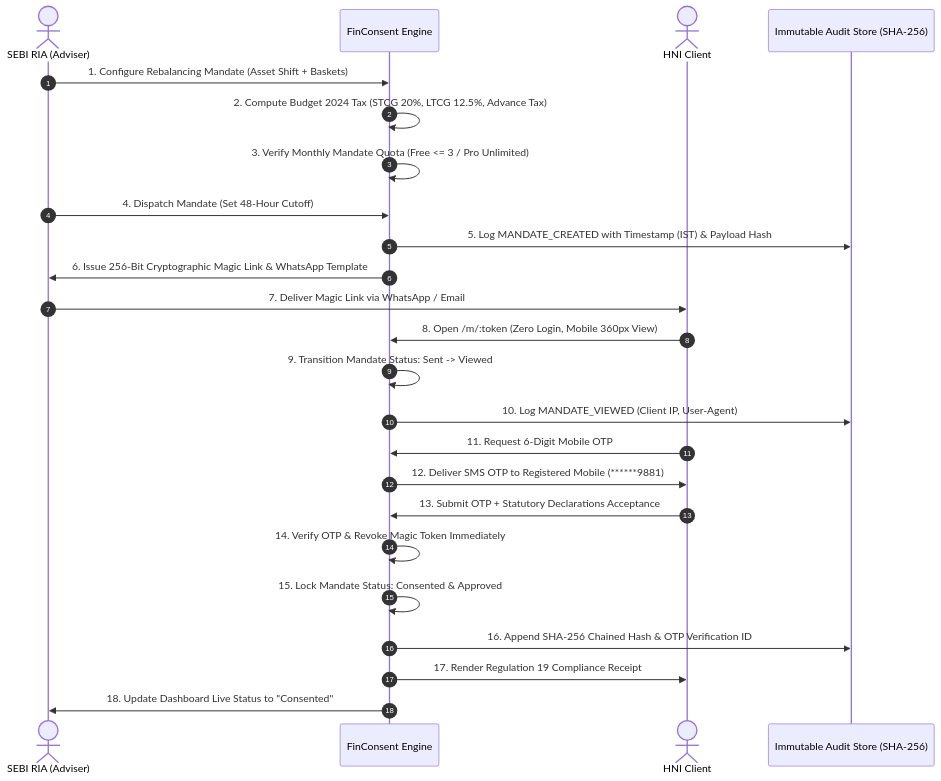
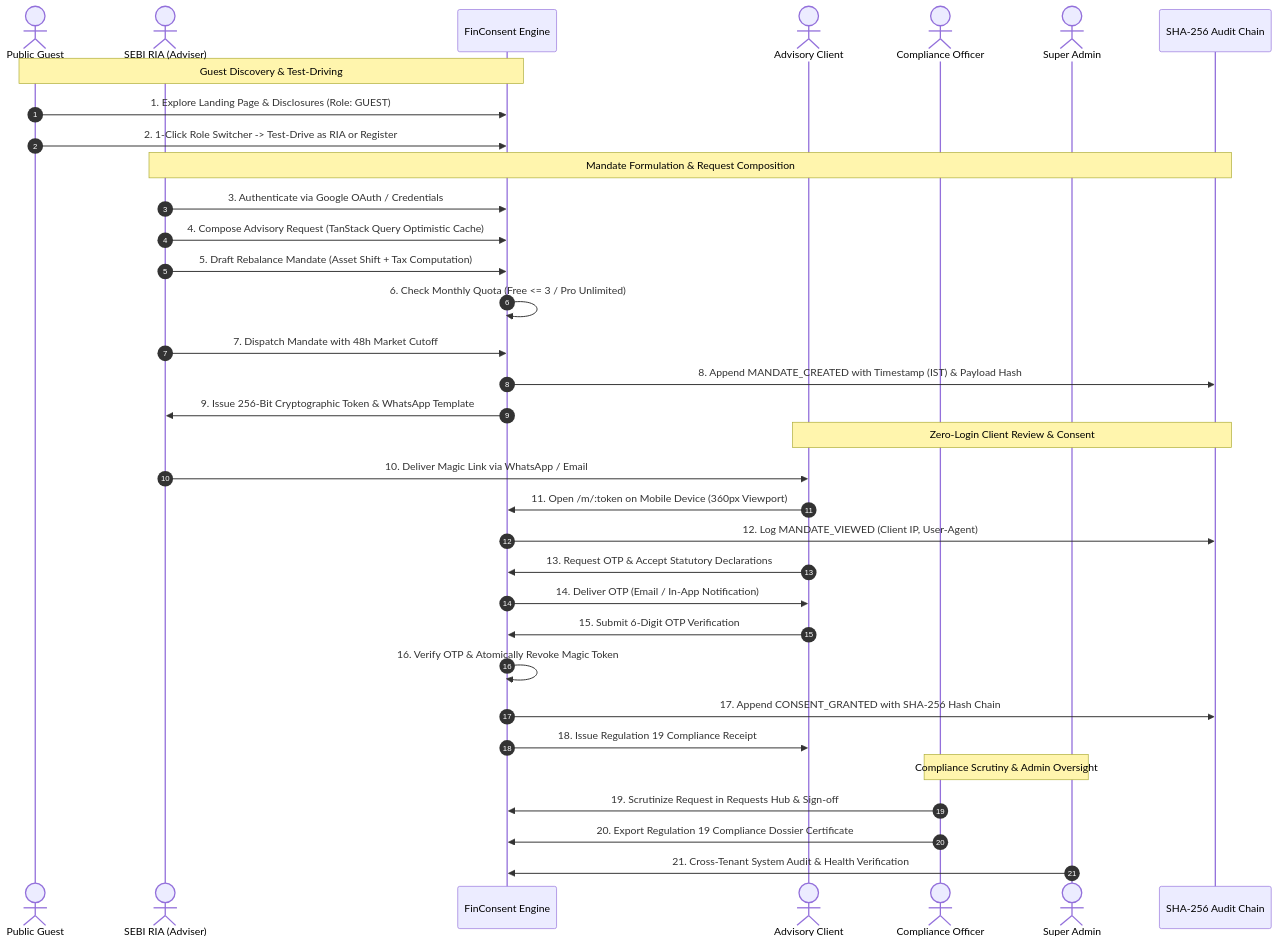
One commit to AtharvaSDeshpande/FinConsent changed the diagram in docs/userJourney.md. Above: the diagram before and after it, drawn with Mermaid. The commit also changed other lines of this file and 1 other file, not shown here.

Commit message:
docs: document comprehensive end-to-end user journeys for all 5 roles

````diff
--- a/docs/userJourney.md
+++ b/docs/userJourney.md
@@ -19,27 +27,40 @@
 ```mermaid
 sequenceDiagram
     autonumber
+    actor Guest as Public Guest
     actor RIA as SEBI RIA (Adviser)
     participant Platform as FinConsent Engine
-    actor Client as HNI Client
-    participant Audit as Immutable Audit Store (SHA-256)
+    actor Client as Advisory Client
+    actor Officer as Compliance Officer
+    actor Admin as Super Admin
+    participant Audit as SHA-256 Audit Chain
 
-    RIA->>Platform: 1. Configure Rebalancing Mandate (Asset Shift + Baskets)
-    Platform->>Platform: 2. Compute Budget 2024 Tax (STCG 20%, LTCG 12.5%, Advance Tax)
-    Platform->>Platform: 3. Verify Monthly Mandate Quota (Free <= 3 / Pro Unlimited)
-    RIA->>Platform: 4. Dispatch Mandate (Set 48-Hour Cutoff)
-    Platform->>Audit: 5. Log MANDATE_CREATED with Timestamp (IST) & Payload Hash
-    Platform->>RIA: 6. Issue 256-Bit Cryptographic Magic Link & WhatsApp Template
-    RIA->>Client: 7. Deliver Magic Link via WhatsApp / Email
-    Client->>Platform: 8. Open /m/:token (Zero Login, Mobile 360px View)
-    Platform->>Platform: 9. Transition Mandate Status: Sent -> Viewed
-    Platform->>Audit: 10. Log MANDATE_VIEWED (Client IP, User-Agent)
-    Client->>Platform: 11. Request 6-Digit Mobile OTP
-    Platform->>Client: 12. Deliver SMS OTP to Registered Mobile (******9881)
-    Client->>Platform: 13. Submit OTP + Statutory Declarations Acceptance
-    Platform->>Platform: 14. Verify OTP & Revoke Magic Token Immediately
-    Platform->>Platform: 15. Lock Mandate Status: Consented & Approved
-    Platform->>Audit: 16. Append SHA-256 Chained Hash & OTP Verification ID
-    Platform->>Client: 17. Render Regulation 19 Compliance Receipt
-    Platform->>RIA: 18. Update Dashboard Live Status to "Consented"
+    Note over Guest,Platform: Guest Discovery & Test-Driving
+    Guest->>Platform: 1. Explore Landing Page & Disclosures (Role: GUEST)
+    Guest->>Platform: 2. 1-Click Role Switcher -> Test-Drive as RIA or Register
+
+    Note over RIA,Audit: Mandate Formulation & Request Composition
+    RIA->>Platform: 3. Authenticate via Google OAuth / Credentials
+    RIA->>Platform: 4. Compose Advisory Request (TanStack Query Optimistic Cache)
+    RIA->>Platform: 5. Draft Rebalance Mandate (Asset Shift + Tax Computation)
+    Platform->>Platform: 6. Check Monthly Quota (Free <= 3 / Pro Unlimited)
+    RIA->>Platform: 7. Dispatch Mandate with 48h Market Cutoff
+    Platform->>Audit: 8. Append MANDATE_CREATED with Timestamp (IST) & Payload Hash
+    Platform->>RIA: 9. Issue 256-Bit Cryptographic Token & WhatsApp Template
+
+    Note over Client,Audit: Zero-Login Client Review & Consent
+    RIA->>Client: 10. Deliver Magic Link via WhatsApp / Email
+    Client->>Platform: 11. Open /m/:token on Mobile Device (360px Viewport)
+    Platform->>Audit: 12. Log MANDATE_VIEWED (Client IP, User-Agent)
+    Client->>Platform: 13. Request OTP & Accept Statutory Declarations
+    Platform->>Client: 14. Deliver OTP (Email / In-App Notification)
+    Client->>Platform: 15. Submit 6-Digit OTP Verification
+    Platform->>Platform: 16. Verify OTP & Atomically Revoke Magic Token
+    Platform->>Audit: 17. Append CONSENT_GRANTED with SHA-256 Hash Chain
+    Platform->>Client: 18. Issue Regulation 19 Compliance Receipt
+
+    Note over Officer,Admin: Compliance Scrutiny & Admin Oversight
+    Officer->>Platform: 19. Scrutinize Request in Requests Hub & Sign-off
+    Officer->>Platform: 20. Export Regulation 19 Compliance Dossier Certificate
+    Admin->>Platform: 21. Cross-Tenant System Audit & Health Verification
 ```
````
